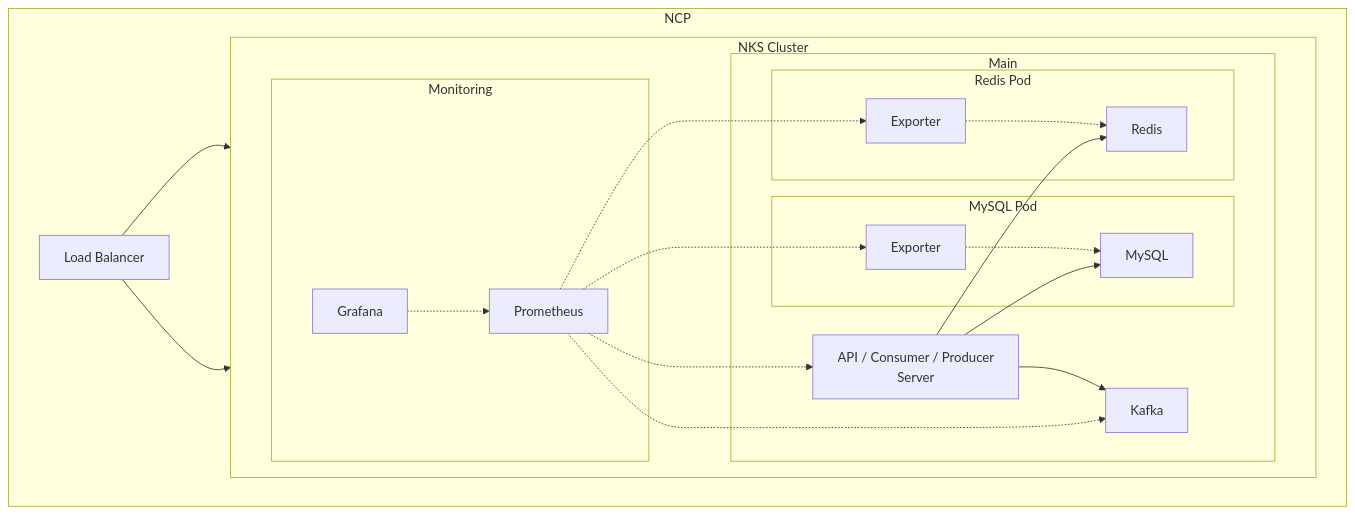
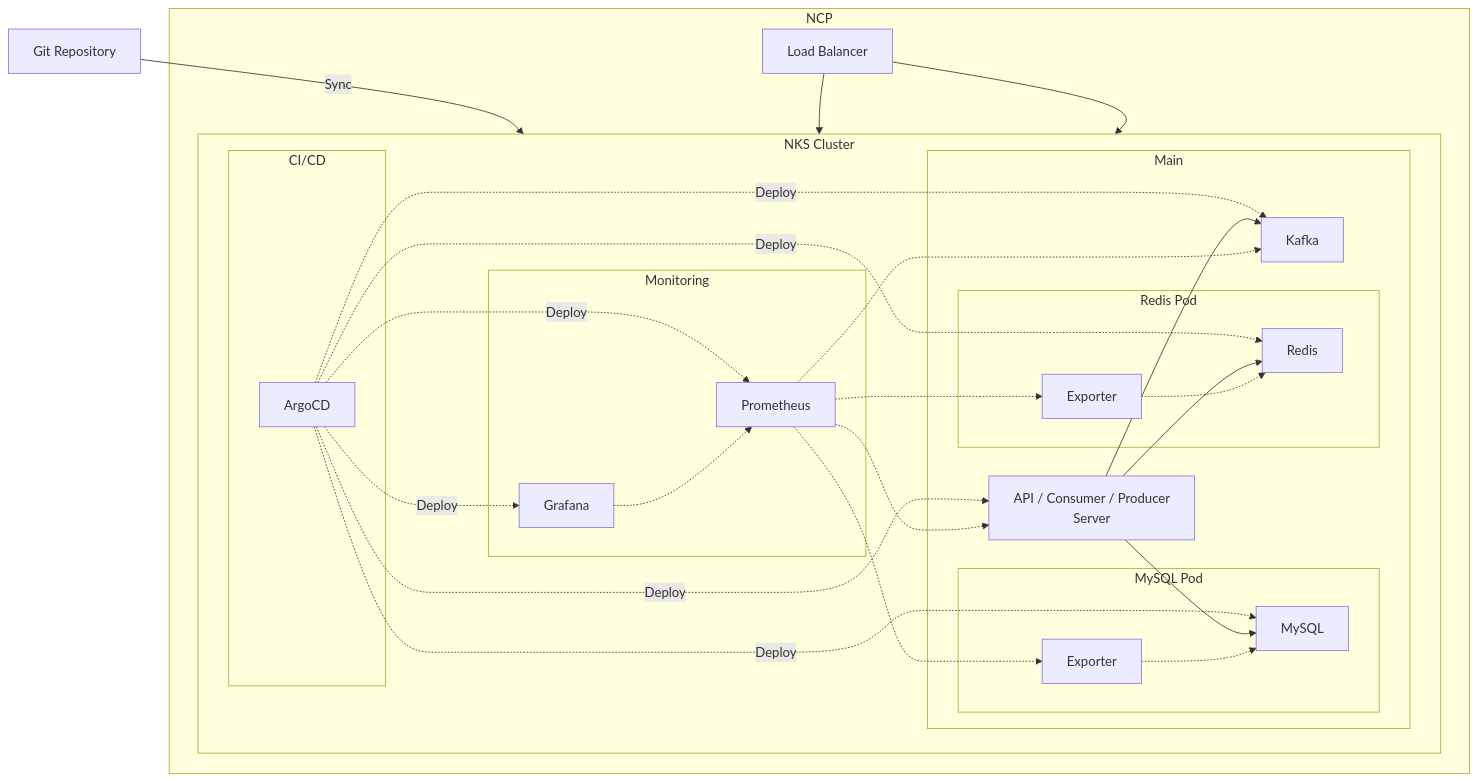
One commit to nohy6630/news-feed changed the diagram in README.md. Above: the diagram before and after it, drawn with Mermaid. The commit also changed other lines of this file, not shown here.

Commit message:
readme 수정

````diff
--- a/README.md
+++ b/README.md
@@ -7,49 +7,63 @@
 ```mermaid
 graph TD;
+    GitRepo[Git Repository]
+    
     subgraph "NCP";
         LB[Load Balancer];
 
     subgraph "NKS Cluster";
 
         direction LR
+        
+            subgraph "CI/CD"
+                ArgoCD[ArgoCD]
+            end
         
             subgraph "Main"
                 UnifiedServer[API / Consumer / Producer <br> Server]
 
                 Kafka[Kafka]
                 subgraph "Redis Pod"
                     Redis[Redis]
                     RedisExporter[Exporter]
                 end
                 subgraph "MySQL Pod"
                     MySQL[MySQL]
                     MySQLExporter[Exporter]
                 end
                 MySQL[MySQL]
             end
             
             
             subgraph "Monitoring"
                 Prometheus[Prometheus]
                 Grafana[Grafana]
             end
 
+        ArgoCD -.->|Deploy| UnifiedServer;
+        ArgoCD -.->|Deploy| Kafka;
+        ArgoCD -.->|Deploy| Redis;
+        ArgoCD -.->|Deploy| MySQL;
+        ArgoCD -.->|Deploy| Prometheus;
+        ArgoCD -.->|Deploy| Grafana;
+        
         UnifiedServer --> Kafka;
         UnifiedServer --> Redis;
         UnifiedServer --> MySQL;
         
         RedisExporter -.-> Redis;
         MySQLExporter -.-> MySQL;
         
         Prometheus -.-> RedisExporter;
         Prometheus -.-> MySQLExporter;
         Prometheus -.-> UnifiedServer;
         Prometheus -.-> Kafka
         
         Grafana -.-> Prometheus;
     end
     end
     
+    GitRepo -->|Sync| ArgoCD;
     LB --> UnifiedServer;
     LB --> Grafana
 ```
````
